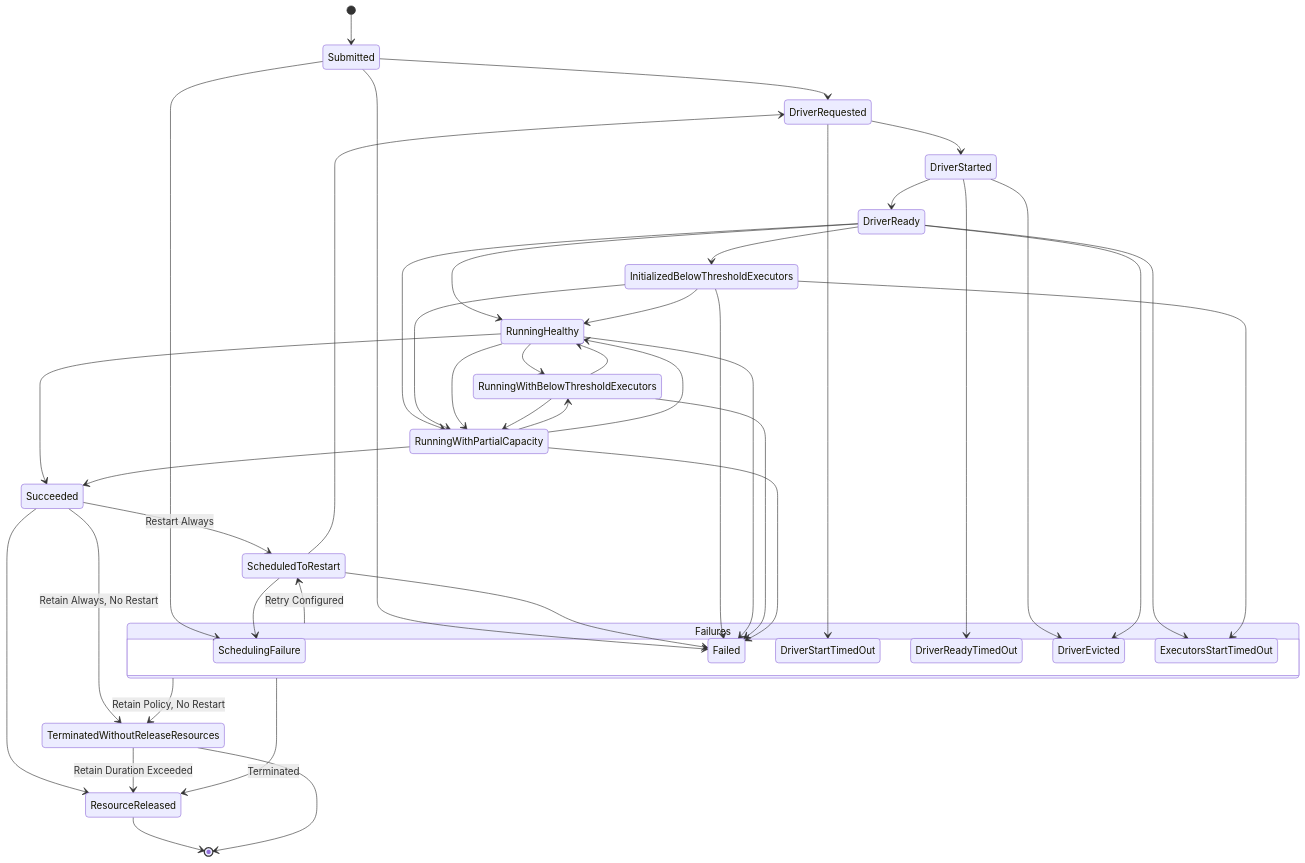
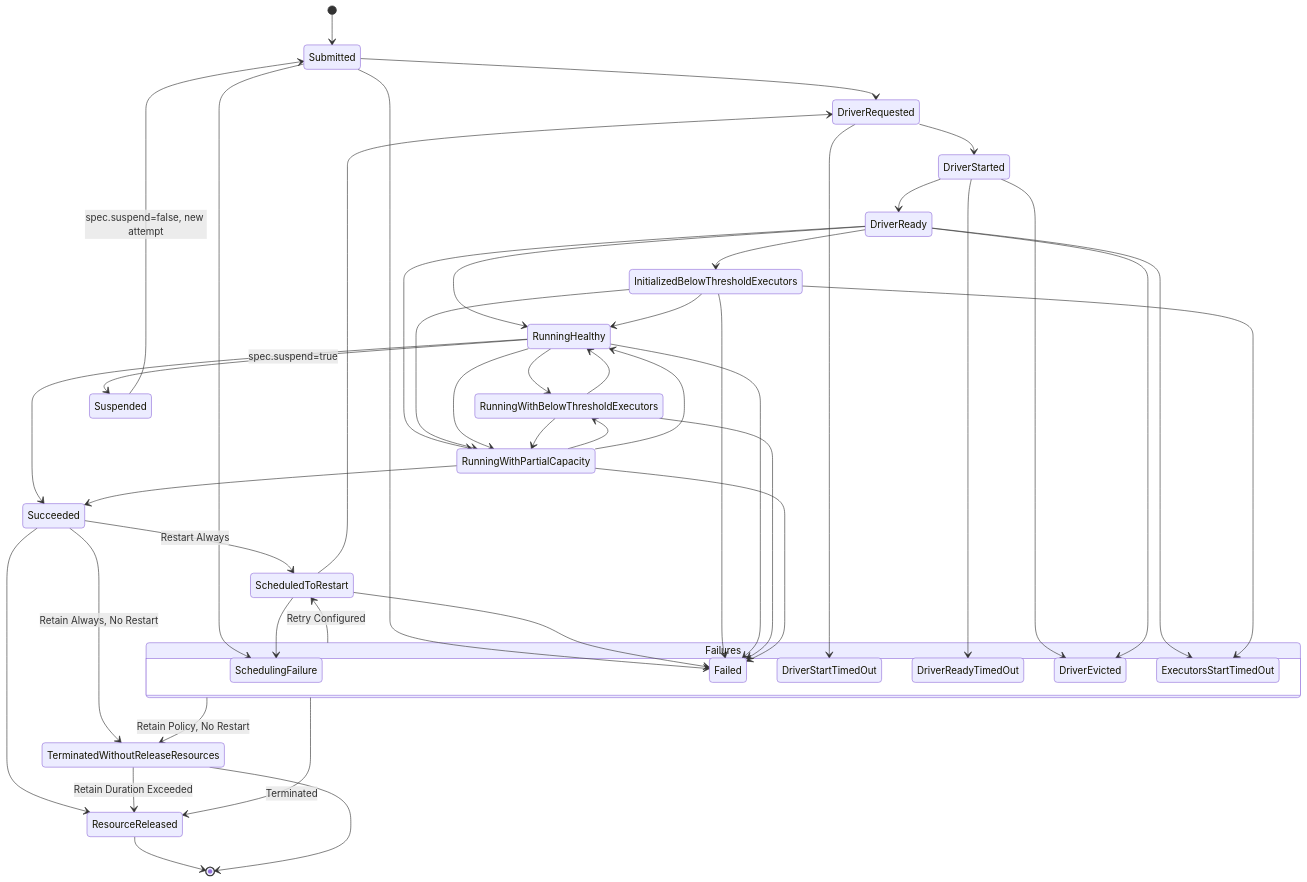
Before and after one commit to apache/spark-kubernetes-operator: the second of 3 diagrams in docs/architecture.md, drawn with Mermaid. The commit also changed other lines of this file and 20 other files, not shown here.

First line of the commit message:
[SPARK-60025] Support `spec.suspend` for a running `SparkApplication`

````diff
--- a/docs/architecture.md
+++ b/docs/architecture.md
@@ -96,67 +96,70 @@
 ```mermaid
 stateDiagram-v2
 
     [*] --> Submitted
 
     Submitted --> DriverRequested
     Submitted --> SchedulingFailure
     Submitted --> Failed
 
     ScheduledToRestart --> DriverRequested
     ScheduledToRestart --> SchedulingFailure
     ScheduledToRestart --> Failed
 
     DriverRequested --> DriverStarted
     DriverRequested --> DriverStartTimedOut
 
     DriverStarted --> DriverReady
     DriverStarted --> DriverReadyTimedOut
     DriverStarted --> DriverEvicted
 
     DriverReady --> RunningHealthy
     DriverReady --> InitializedBelowThresholdExecutors
     DriverReady --> RunningWithPartialCapacity
     DriverReady --> ExecutorsStartTimedOut
     DriverReady --> DriverEvicted
 
     InitializedBelowThresholdExecutors --> RunningHealthy
     InitializedBelowThresholdExecutors --> RunningWithPartialCapacity
     InitializedBelowThresholdExecutors --> ExecutorsStartTimedOut
     InitializedBelowThresholdExecutors --> Failed
 
     RunningHealthy --> Succeeded
     RunningHealthy --> RunningWithBelowThresholdExecutors
     RunningHealthy --> RunningWithPartialCapacity
     RunningHealthy --> Failed
 
     RunningWithBelowThresholdExecutors --> RunningWithPartialCapacity
     RunningWithBelowThresholdExecutors --> RunningHealthy
     RunningWithBelowThresholdExecutors --> Failed
 
     RunningWithPartialCapacity --> RunningWithBelowThresholdExecutors
     RunningWithPartialCapacity --> RunningHealthy
     RunningWithPartialCapacity --> Succeeded
     RunningWithPartialCapacity --> Failed
 
+    RunningHealthy --> Suspended : spec.suspend=true
+    Suspended --> Submitted : spec.suspend=false, new attempt
+
     state Failures {
         SchedulingFailure
         DriverStartTimedOut
         DriverReadyTimedOut
         ExecutorsStartTimedOut
         DriverEvicted
         Failed
     }
 
     Failures --> ScheduledToRestart : Retry Configured
     Failures --> ResourceReleased : Terminated
 
     Succeeded --> ScheduledToRestart : Restart Always
     Succeeded --> ResourceReleased
     ResourceReleased --> [*]
 
     %% Place TerminatedWithoutReleaseResources further to avoid overlap
     Failures --> TerminatedWithoutReleaseResources : Retain Policy, No Restart
     Succeeded --> TerminatedWithoutReleaseResources : Retain Always, No Restart
     TerminatedWithoutReleaseResources --> ResourceReleased : Retain Duration Exceeded
     TerminatedWithoutReleaseResources --> [*]
 ```
````
